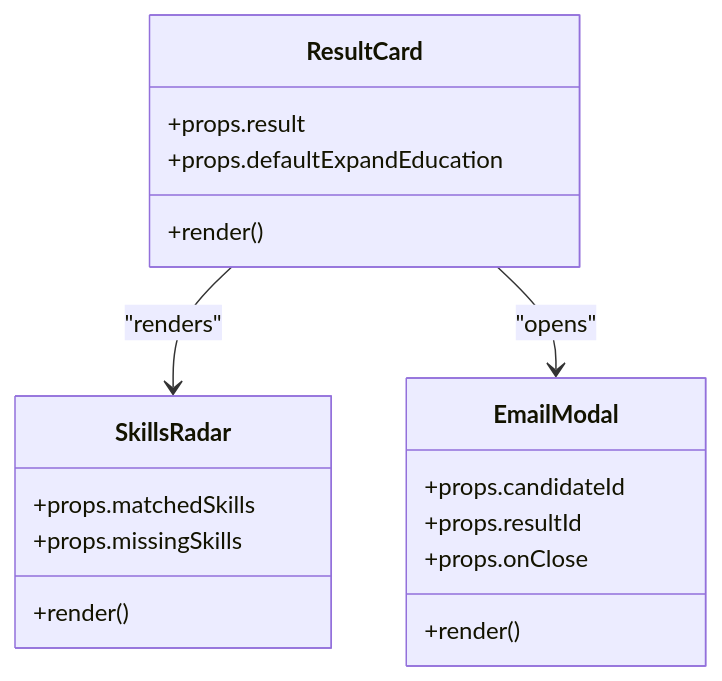
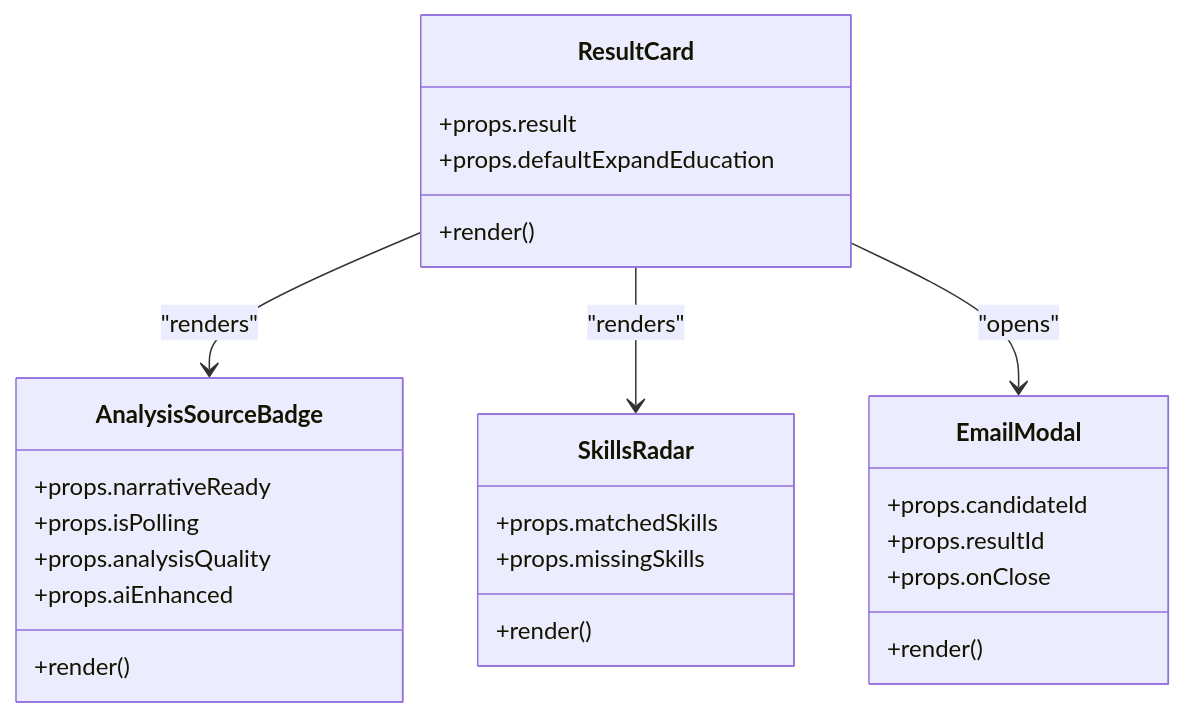
One commit to Revanththetalogics/aireume changed the fifth of 13 diagrams in .qoder/repowiki/en/content/Reporting & Analytics/Individual Reports.md. Above: the diagram before and after it, drawn with Mermaid. The commit also changed other lines of this file and 6 other files, not shown here.

````diff
--- a/.qoder/repowiki/en/content/Reporting & Analytics/Individual Reports.md
+++ b/.qoder/repowiki/en/content/Reporting & Analytics/Individual Reports.md
@@ -241,21 +277,29 @@
 ```mermaid
 classDiagram
 class ResultCard {
 +props.result
 +props.defaultExpandEducation
++render()
+}
+class AnalysisSourceBadge {
++props.narrativeReady
++props.isPolling
++props.analysisQuality
++props.aiEnhanced
 +render()
 }
 class SkillsRadar {
 +props.matchedSkills
 +props.missingSkills
 +render()
 }
 class EmailModal {
 +props.candidateId
 +props.resultId
 +props.onClose
 +render()
 }
+ResultCard --> AnalysisSourceBadge : "renders"
 ResultCard --> SkillsRadar : "renders"
 ResultCard --> EmailModal : "opens"
 ```
````
